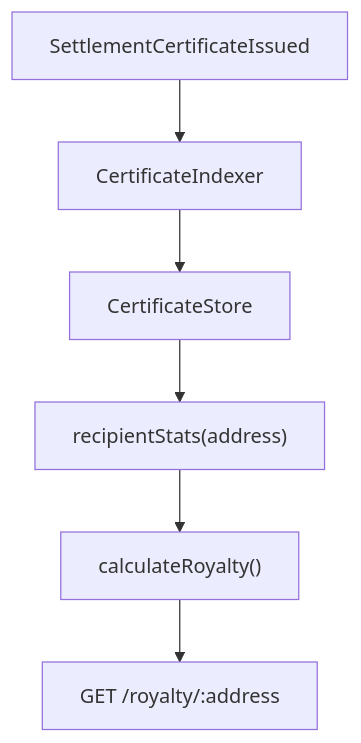
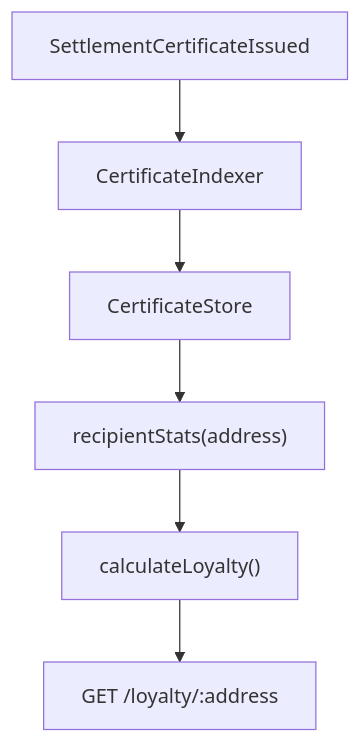
The seventh of 7 diagrams in docs/technical/backend/loyalty.md (DXJLabs/vinss), drawn with Mermaid before and after one commit. The commit also changed other lines of this file and 14 other files, not shown here.

````diff
--- a/docs/technical/backend/loyalty.md
+++ b/docs/technical/backend/loyalty.md
@@ -3875,15 +3875,15 @@
 ```mermaid
 flowchart TD
     CHAIN["SettlementCertificateIssued"]
     INDEX["CertificateIndexer"]
     STORE["CertificateStore"]
     STATS["recipientStats(address)"]
-    FORMULA["calculateRoyalty()"]
-    API["GET /royalty/:address"]
+    FORMULA["calculateLoyalty()"]
+    API["GET /loyalty/:address"]
 
     CHAIN --> INDEX
     INDEX --> STORE
     STORE --> STATS
     STATS --> FORMULA
     FORMULA --> API
 ```
````
